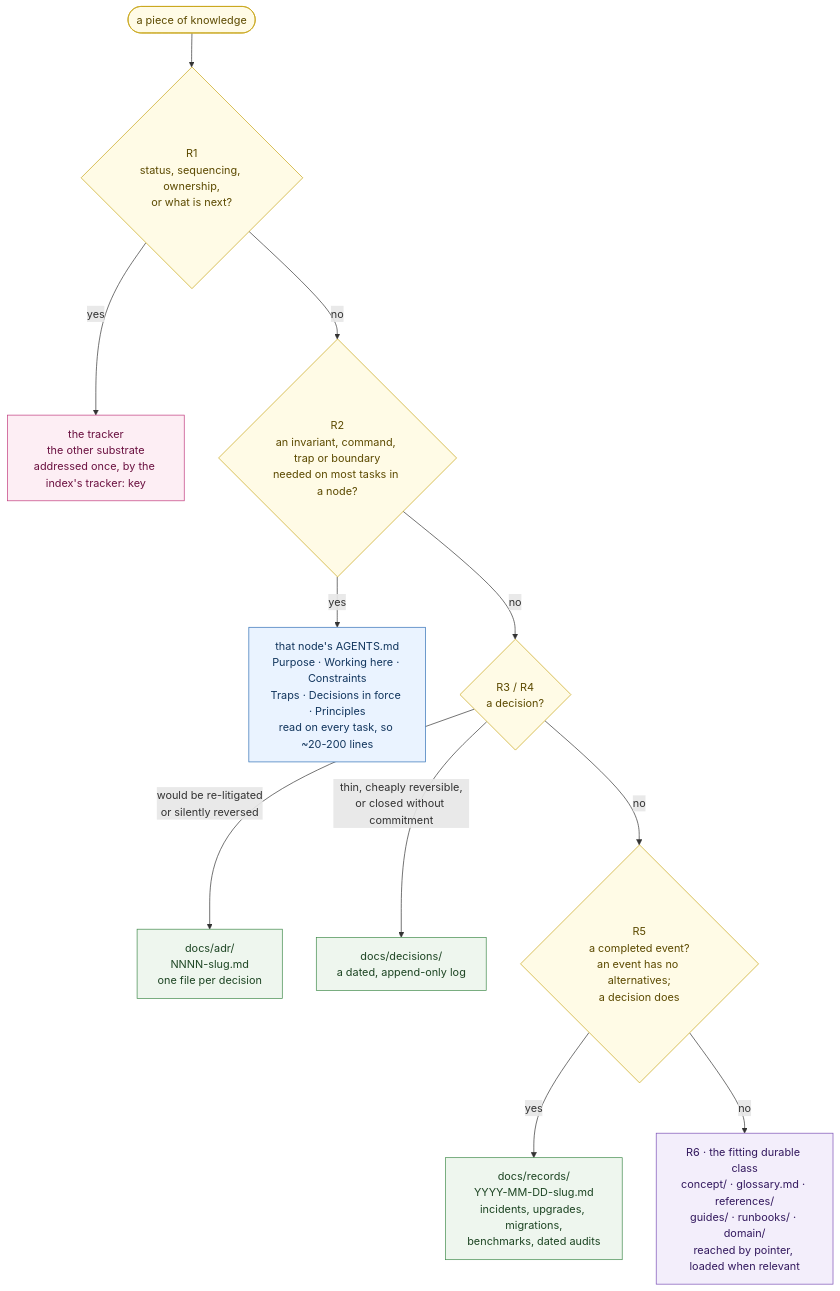
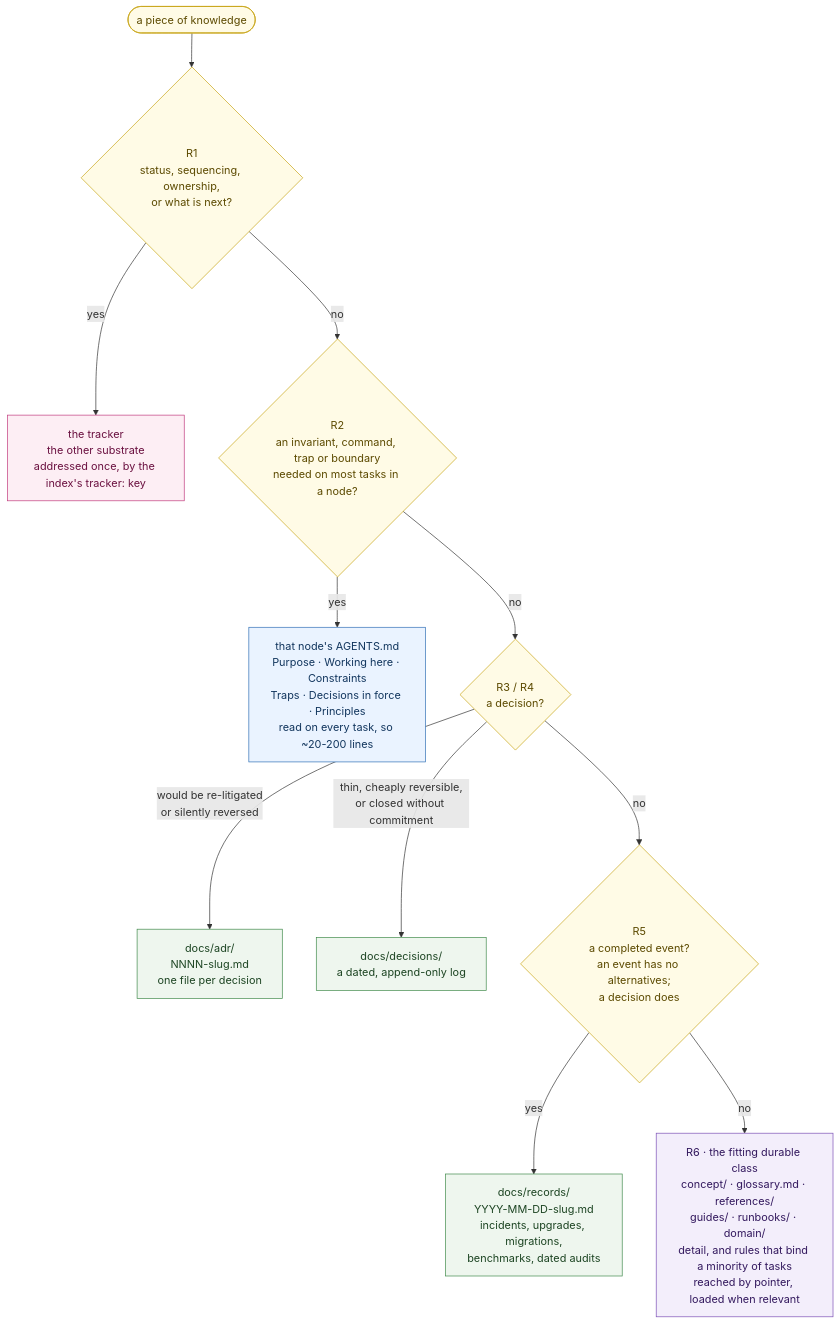
Before and after one commit to a-grasso/agent-docs-standard: the diagram in standard/README.md, drawn with Mermaid. The commit also changed other lines of this file and 2 other files, not shown here.

````diff
--- a/standard/README.md
+++ b/standard/README.md
@@ -78,25 +78,25 @@
 ```mermaid
 flowchart TD
     K(["a piece of knowledge"]) --> R1{"R1<br/>status, sequencing, ownership,<br/>or what is next?"}
     R1 -- yes --> TR["the tracker<br/>the other substrate<br/>addressed once, by the index's tracker: key"]
     R1 -- no --> R2{"R2<br/>an invariant, command, trap or boundary<br/>needed on most tasks in a node?"}
     R2 -- yes --> AG["that node's AGENTS.md<br/>Purpose · Working here · Constraints<br/>Traps · Decisions in force · Principles<br/>read on every task, so ~20-200 lines"]
     R2 -- no --> R3{"R3 / R4<br/>a decision?"}
     R3 -- "would be re-litigated<br/>or silently reversed" --> ADR["docs/adr/<br/>NNNN-slug.md<br/>one file per decision"]
     R3 -- "thin, cheaply reversible,<br/>or closed without commitment" --> DEC["docs/decisions/<br/>a dated, append-only log"]
     R3 -- no --> R5{"R5<br/>a completed event?<br/>an event has no alternatives;<br/>a decision does"}
     R5 -- yes --> REC["docs/records/<br/>YYYY-MM-DD-slug.md<br/>incidents, upgrades, migrations,<br/>benchmarks, dated audits"]
-    R5 -- no --> R6["R6 · the fitting durable class<br/>concept/ · glossary.md · references/<br/>guides/ · runbooks/ · domain/<br/>reached by pointer, loaded when relevant"]
+    R5 -- no --> R6["R6 · the fitting durable class<br/>concept/ · glossary.md · references/<br/>guides/ · runbooks/ · domain/<br/>detail, and rules that bind a minority of tasks<br/>reached by pointer, loaded when relevant"]
 
     classDef q fill:#fffbe6,stroke:#c8a415,color:#5c4a00
     classDef tracker fill:#fdeef4,stroke:#c0397c,color:#6b1140
     classDef ctx fill:#eaf3ff,stroke:#2f6fb5,color:#12365e
     classDef immutable fill:#eef6ee,stroke:#3f8a4a,color:#1d4523
     classDef mutable fill:#f3eefb,stroke:#7a4fb5,color:#33195e
     class R1,R2,R3,R5 q
     class TR tracker
     class AG ctx
     class ADR,DEC,REC immutable
     class R6 mutable
     class K q
 ```
````
